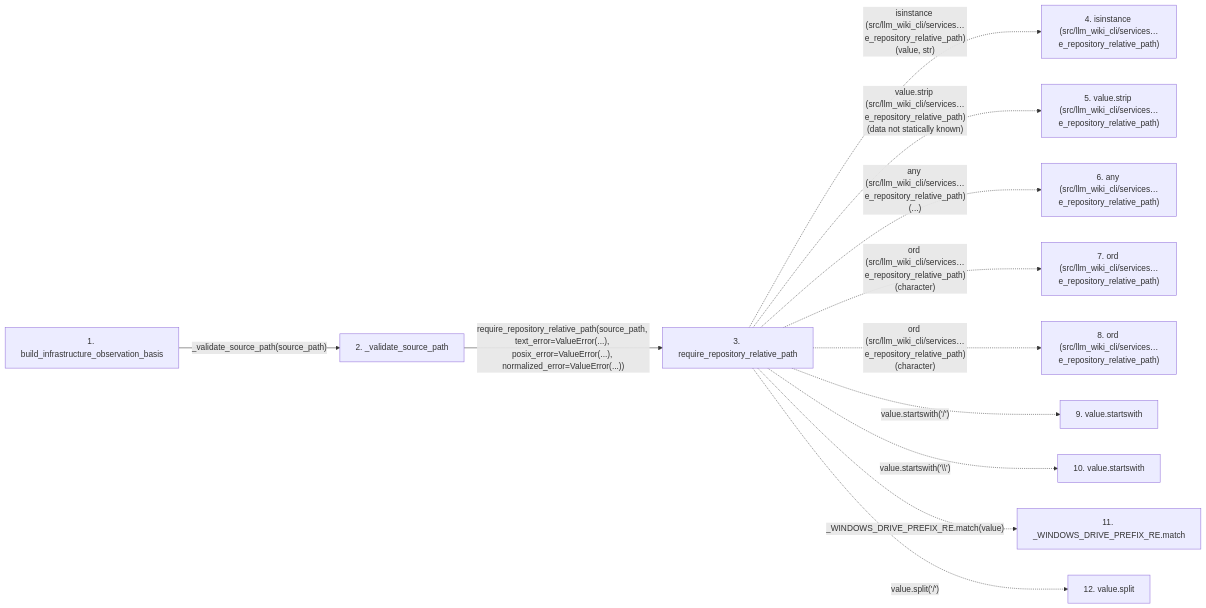
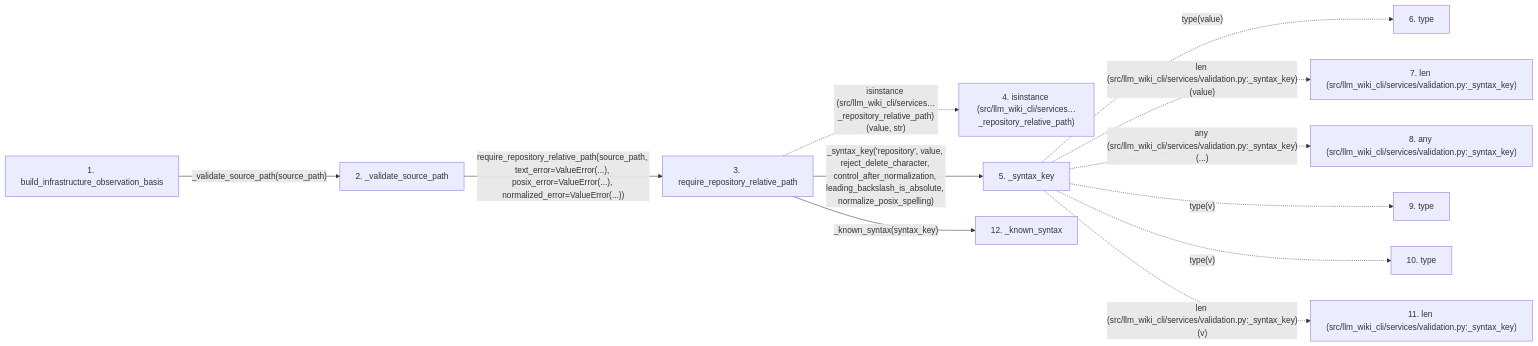
One commit to Denissvgn/python-wiki-llm changed the second of 2 diagrams in docs/llm_wiki/flows/api-build_infrastructure_observation_basis.md. Above: the diagram before and after it, drawn with Mermaid. The commit also changed other lines of this file and 865 other files, not shown here.

````diff
--- a/docs/llm_wiki/flows/api-build_infrastructure_observation_basis.md
+++ b/docs/llm_wiki/flows/api-build_infrastructure_observation_basis.md
@@ -71,29 +73,31 @@
 ```mermaid
 flowchart LR
     s1["1. build_infrastructure_observation_basis"]
     s2["2. _validate_source_path"]
     s3["3. require_repository_relative_path"]
-    s4["4. isinstance (src/llm_wiki_cli/services…e_repository_relative_path)"]
-    s5["5. value.strip (src/llm_wiki_cli/services…e_repository_relative_path)"]
-    s6["6. any (src/llm_wiki_cli/services…e_repository_relative_path)"]
-    s7["7. ord (src/llm_wiki_cli/services…e_repository_relative_path)"]
-    s8["8. ord (src/llm_wiki_cli/services…e_repository_relative_path)"]
-    s9["9. value.startswith"]
-    s10["10. value.startswith"]
-    s11["11. _WINDOWS_DRIVE_PREFIX_RE.match"]
-    s12["12. value.split"]
+    s4["4. isinstance (src/llm_wiki_cli/services…_repository_relative_path)"]
+    s5["5. _syntax_key"]
+    s6["6. type"]
+    s7["7. len (src/llm_wiki_cli/services/validation.py:_syntax_key)"]
+    s8["8. any (src/llm_wiki_cli/services/validation.py:_syntax_key)"]
+    s9["9. type"]
+    s10["10. type"]
+    s11["11. len (src/llm_wiki_cli/services/validation.py:_syntax_key)"]
+    s12["12. _known_syntax"]
     s1 -->|"_validate_source_path(source_path)"| s2
     s2 -->|"require_repository_relative_path(source_path, text_error=ValueError(...), posix_error=ValueError(...), normalized_error=ValueError(...))"| s3
-    s3 -. "isinstance (src/llm_wiki_cli/services…e_repository_relative_path)(value, str)" .-> s4
-    s3 -. "value.strip (src/llm_wiki_cli/services…e_repository_relative_path)(data not statically known)" .-> s5
-    s3 -. "any (src/llm_wiki_cli/services…e_repository_relative_path)(...)" .-> s6
-    s3 -. "ord (src/llm_wiki_cli/services…e_repository_relative_path)(character)" .-> s7
-    s3 -. "ord (src/llm_wiki_cli/services…e_repository_relative_path)(character)" .-> s8
-    s3 -. "value.startswith('/')" .-> s9
-    s3 -. "value.startswith('\\')" .-> s10
-    s3 -. "_WINDOWS_DRIVE_PREFIX_RE.match(value)" .-> s11
-    s3 -. "value.split('/')" .-> s12
+    s3 -. "isinstance (src/llm_wiki_cli/services…_repository_relative_path)(value, str)" .-> s4
+    s3 -->|"_syntax_key('repository', value, reject_delete_character, control_after_normalization, leading_backslash_is_absolute, normalize_posix_spelling)"| s5
+    s5 -. "type(value)" .-> s6
+    s5 -. "len (src/llm_wiki_cli/services/validation.py:_syntax_key)(value)" .-> s7
+    s5 -. "any (src/llm_wiki_cli/services/validation.py:_syntax_key)(...)" .-> s8
+    s5 -. "type(v)" .-> s9
+    s5 -. "type(v)" .-> s10
+    s5 -. "len (src/llm_wiki_cli/services/validation.py:_syntax_key)(v)" .-> s11
+    s3 -->|"_known_syntax(syntax_key)"| s12
     click s1 "../modules/knowledge_evidence.md"
     click s2 "../modules/knowledge_evidence.md"
     click s3 "../modules/validation.md"
+    click s5 "../modules/validation.md"
+    click s12 "../modules/validation.md"
 ```
````
